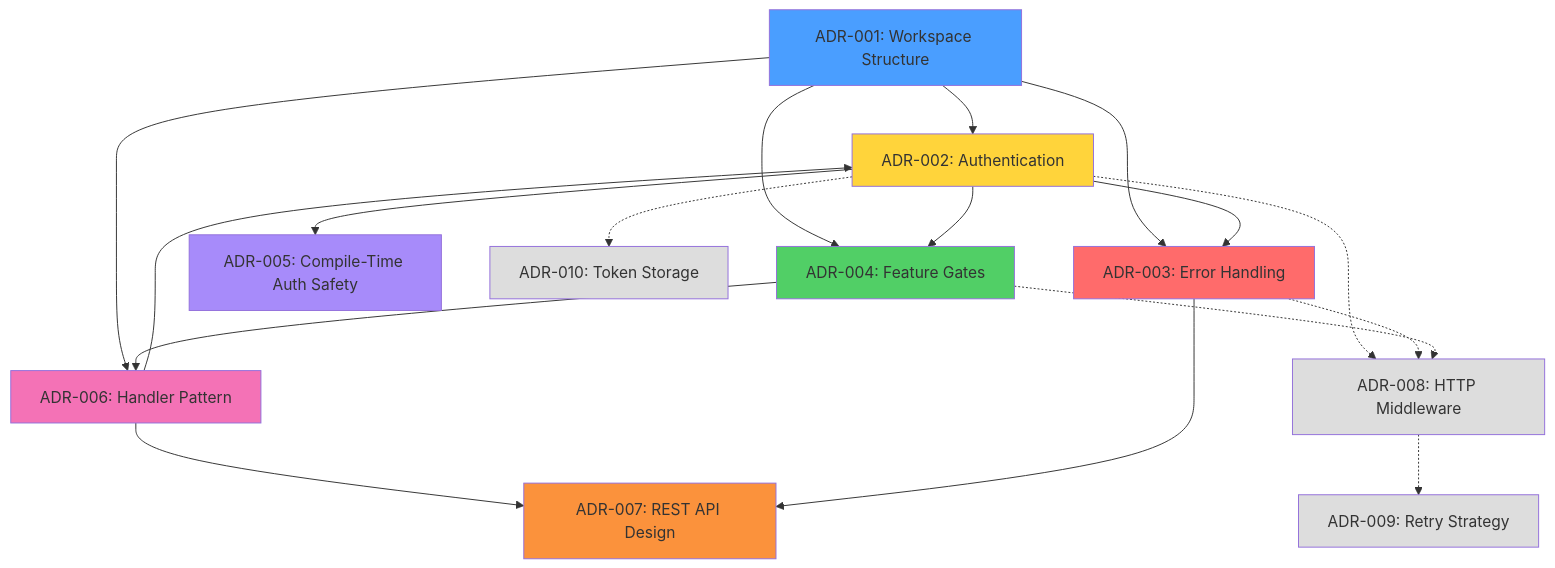
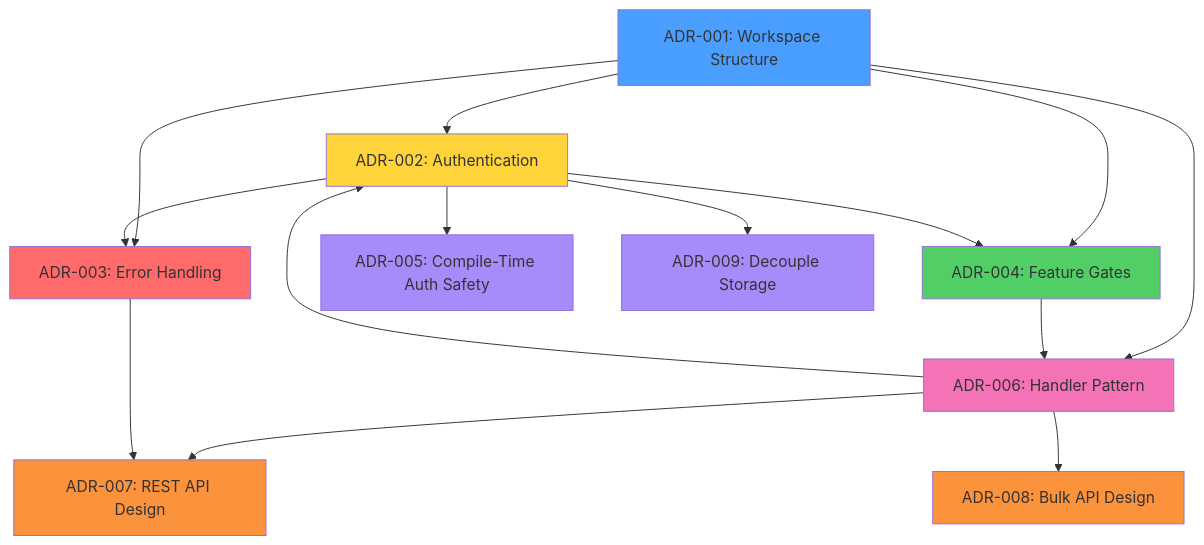
The diagram in docs/adr/README.md (madmax983/force-rs), drawn with Mermaid before and after one commit. The commit also changed other lines of this file and 2 other files, not shown here.

Commit message:
feat: add ADR-009 and update architecture diagrams
- Create `docs/adr/009-decouple-storage-from-core.md`
- Create `docs/architecture.md` with Class, Sequence, and C4 diagrams
- Update `docs/adr/README.md` index and relationship diagram

````diff
--- a/docs/adr/README.md
+++ b/docs/adr/README.md
@@ -74,34 +73,29 @@
 ```mermaid
 graph TD
     ADR001[ADR-001: Workspace Structure] --> ADR002[ADR-002: Authentication]
     ADR001 --> ADR003[ADR-003: Error Handling]
     ADR001 --> ADR004[ADR-004: Feature Gates]
     ADR001 --> ADR006[ADR-006: Handler Pattern]
 
     ADR002 --> ADR003
     ADR002 --> ADR004
     ADR002 --> ADR005[ADR-005: Compile-Time Auth Safety]
 
     ADR004 --> ADR006
     ADR006 --> ADR002
     ADR006 --> ADR007[ADR-007: REST API Design]
+    ADR006 --> ADR008[ADR-008: Bulk API Design]
     ADR003 --> ADR007
 
-    ADR002 -.-> ADR008[ADR-008: HTTP Middleware]
-    ADR003 -.-> ADR008
-    ADR004 -.-> ADR008
-
-    ADR002 -.-> ADR010[ADR-010: Token Storage]
-    ADR008 -.-> ADR009[ADR-009: Retry Strategy]
+    ADR002 --> ADR009[ADR-009: Decouple Storage]
 
     style ADR001 fill:#4a9eff
     style ADR002 fill:#ffd43b
     style ADR003 fill:#ff6b6b
     style ADR004 fill:#51cf66
     style ADR005 fill:#a78bfa
     style ADR006 fill:#f472b6
     style ADR007 fill:#fb923c
-    style ADR008 fill:#ddd
-    style ADR009 fill:#ddd
-    style ADR010 fill:#ddd
+    style ADR008 fill:#fb923c
+    style ADR009 fill:#a78bfa
 ```
````
